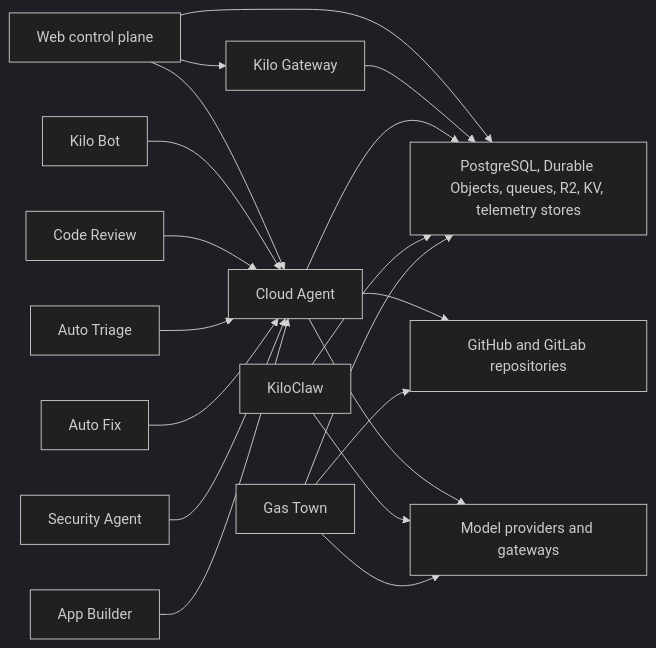
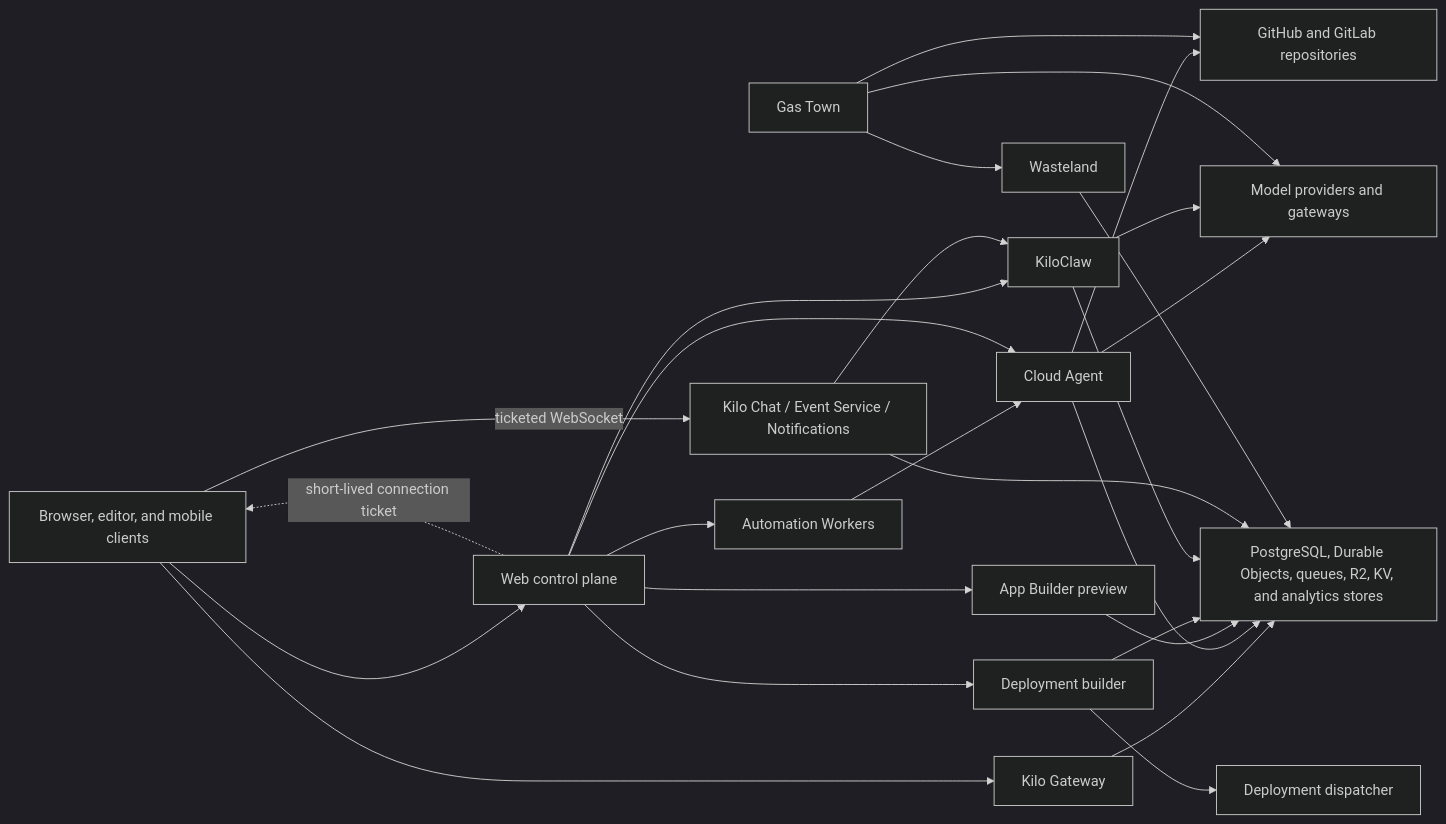
Before and after one commit to dhs-shine/kilocode: the first of 7 diagrams in packages/kilo-docs/pages/contributing/architecture/cloud-platform.md, drawn with Mermaid (dark theme). The commit also changed other lines of this file and 42 other files, not shown here.

Commit message:
docs(kilo-docs): clarify architecture documentation

````diff
--- a/packages/kilo-docs/pages/contributing/architecture/cloud-platform.md
+++ b/packages/kilo-docs/pages/contributing/architecture/cloud-platform.md
@@ -29,36 +45,42 @@
 ```mermaid
 flowchart LR
+  clients["Browser, editor, and mobile clients"]
   web["Web control plane"]
   gateway["Kilo Gateway"]
+  automation["Automation Workers"]
   agent["Cloud Agent"]
-  bot["Kilo Bot"]
-  review["Code Review"]
-  triage["Auto Triage"]
-  fix["Auto Fix"]
-  security["Security Agent"]
-  builder["App Builder"]
+  preview["App Builder preview"]
+  deployBuilder["Deployment builder"]
+  deployEdge["Deployment dispatcher"]
   claw["KiloClaw"]
-  gastown["Gas Town"]
+  chat["Kilo Chat / Event Service / Notifications"]
+  town["Gas Town"]
+  wasteland["Wasteland"]
   repos["GitHub and GitLab repositories"]
   providers["Model providers and gateways"]
-  stores["PostgreSQL, Durable Objects, queues, R2, KV, telemetry stores"]
+  stores["PostgreSQL, Durable Objects, queues, R2, KV, and analytics stores"]
 
-  web --> gateway
+  clients --> web
+  clients --> gateway
+  web -. "short-lived connection ticket" .-> clients
+  clients -->|"ticketed WebSocket"| chat
+  web --> automation --> agent
   web --> agent
-  bot --> agent
-  review --> agent
-  triage --> agent
-  fix --> agent
-  security --> agent
-  builder --> agent
+  web --> preview
+  web --> deployBuilder --> deployEdge
+  web --> claw
+  chat --> claw
   agent --> repos
   agent --> providers
   claw --> providers
-  gastown --> repos
-  gastown --> providers
-  web --> stores
+  town --> repos
+  town --> providers
+  town --> wasteland
   gateway --> stores
   agent --> stores
+  preview --> stores
+  deployBuilder --> stores
   claw --> stores
-  gastown --> stores
+  chat --> stores
+  wasteland --> stores
 ```
````
